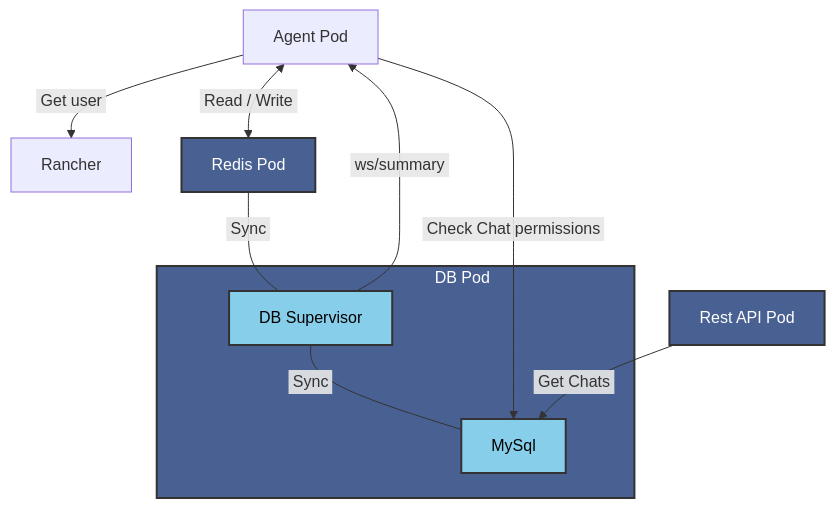
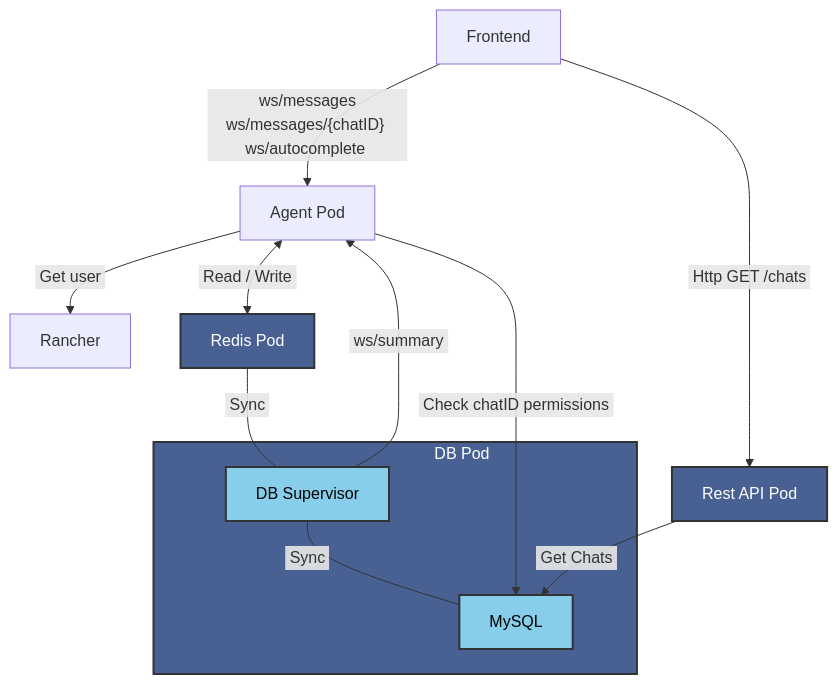
One commit to torchiaf/hackweek changed the second of 2 diagrams in projects/2025-liz-autocomplete/README.md. Above: the diagram before and after it, drawn with Mermaid. The commit also changed other lines of this file, not shown here.

Commit message:
Udpate project 2025-liz-autocomplete 4 - README.md

````diff
--- a/projects/2025-liz-autocomplete/README.md
+++ b/projects/2025-liz-autocomplete/README.md
@@ -60,22 +60,24 @@
 ```mermaid
 graph TD
     B -->|&nbsp;Get user&nbsp;| A[Rancher]
     B[Agent Pod] <-->|&nbsp;Read / Write&nbsp;| C[Redis Pod]
     
     subgraph DB_Pod["&nbsp;&nbsp;&nbsp;&nbsp;&nbsp;&nbsp;&nbsp;&nbsp;&nbsp;&nbsp;&nbsp;&nbsp;&nbsp;&nbsp;&nbsp;&nbsp;&nbsp;&nbsp;&nbsp;&nbsp;&nbsp;&nbsp;&nbsp;&nbsp;&nbsp;&nbsp;&nbsp;&nbsp;&nbsp;&nbsp;DB Pod"]
-        D[MySql]
+        D[MySQL]
         E[DB Supervisor]
         E ---|&nbsp;Sync&nbsp;| D
     end
     
     C ---|&nbsp;Sync&nbsp;| E
-    B -->|&nbsp;Check Chat permissions&nbsp;| D
+    B -->|&nbsp;Check chatID permissions&nbsp;| D
     E -->|&nbsp;ws/summary&nbsp;| B
     F[Rest API Pod] -->|&nbsp;Get Chats&nbsp;| D
+    G[Frontend] -->|&nbsp;ws/messages ws/messages/&lcub;chatID&rcub; ws/autocomplete&nbsp;| B
+    G -->|&nbsp;Http GET /chats&nbsp;| F
 
     style D fill:#87CEEB,stroke:#333,stroke-width:2px,color:#000
     style E fill:#87CEEB,stroke:#333,stroke-width:2px,color:#000
     style C fill:#496192,stroke:#333,stroke-width:2px,color:#fff
     style DB_Pod fill:#496192,stroke:#333,stroke-width:2px,color:#fff
     style F fill:#496192,stroke:#333,stroke-width:2px,color:#fff
 ```
````
